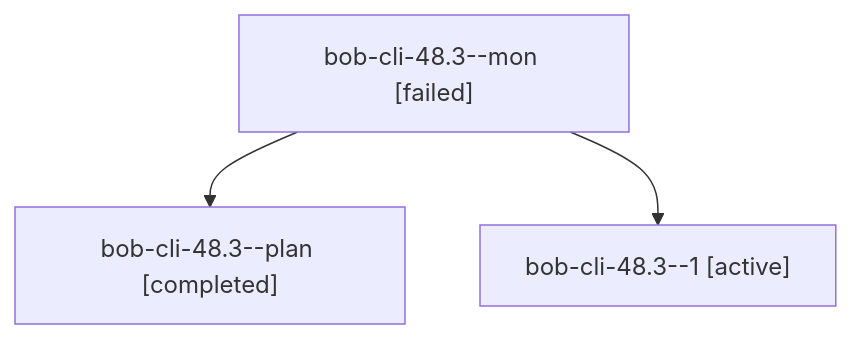
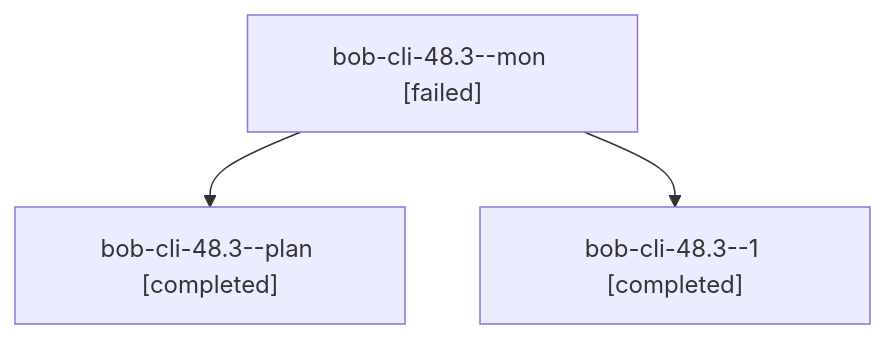
Before and after one commit to bobs-org/bob-cli--agents: the diagram in sessions/bbugyi200.apollo.bob-cli-48.3.md, drawn with Mermaid. The commit also changed other lines of this file and 20 other files, not shown here.

````diff
--- a/sessions/bbugyi200.apollo.bob-cli-48.3.md
+++ b/sessions/bbugyi200.apollo.bob-cli-48.3.md
@@ -9,8 +9,8 @@
 ```mermaid
 flowchart TD
   n0["bob-cli-48.3--mon [failed]"]
   n1["bob-cli-48.3--plan [completed]"]
   n0 --> n1
-  n2["bob-cli-48.3--1 [active]"]
+  n2["bob-cli-48.3--1 [completed]"]
   n0 --> n2
 ```
````
